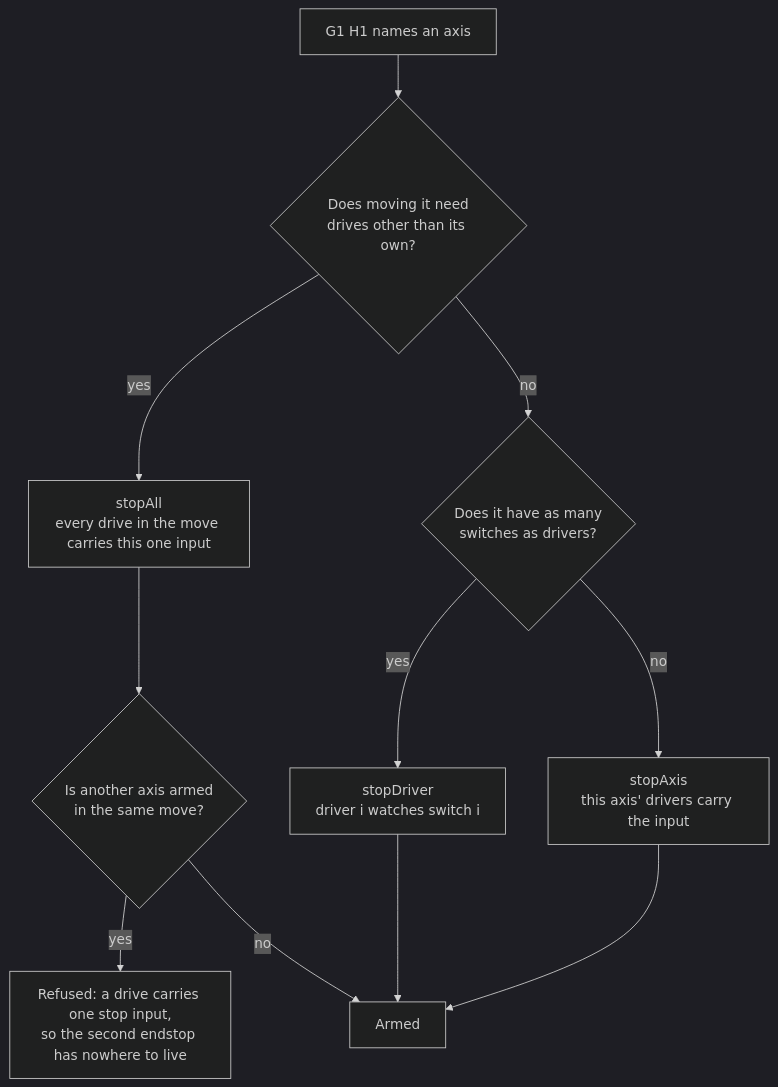
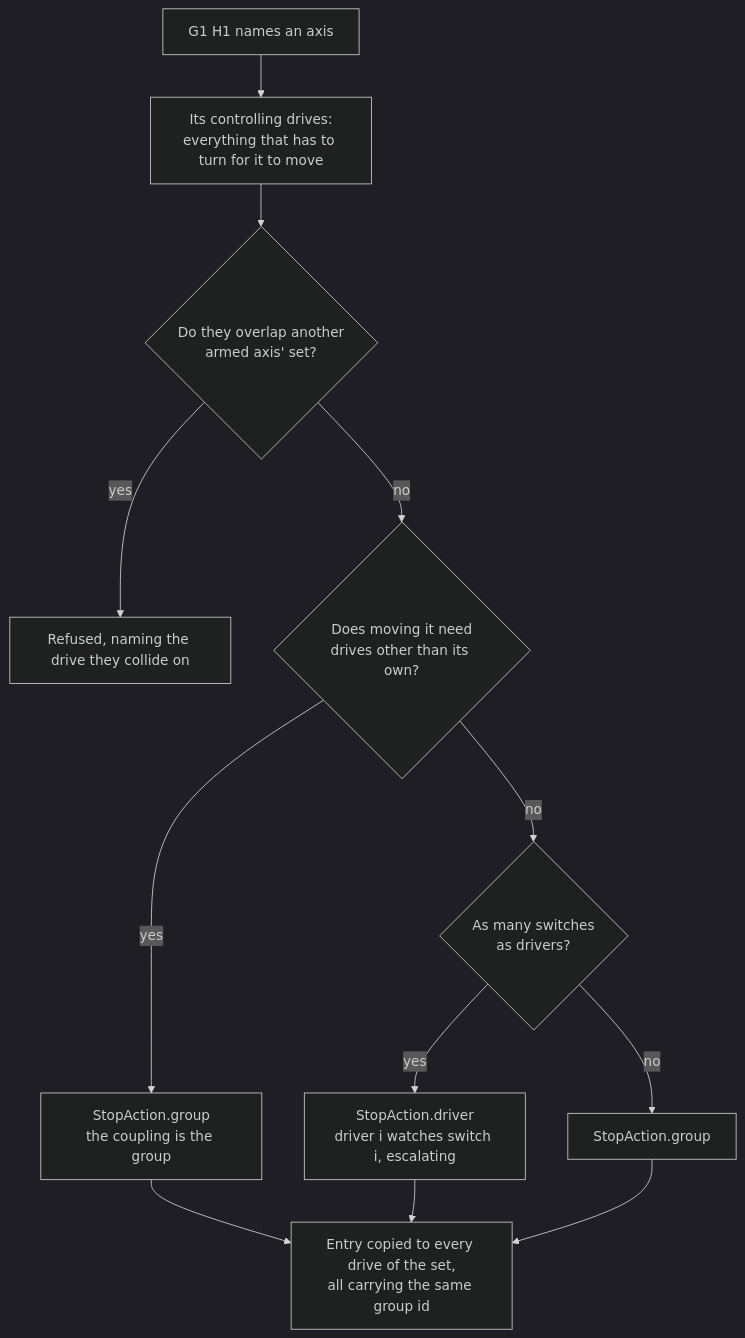
The second of 5 diagrams in src/Documentation/articles/endstops.md (Duet3D/DuetSoftwareFramework), drawn with Mermaid (dark theme) before and after one commit. The commit also changed other lines of this file and 3 other files, not shown here.

````diff
--- a/src/Documentation/articles/endstops.md
+++ b/src/Documentation/articles/endstops.md
@@ -142,13 +155,14 @@
 ```mermaid
 flowchart TD
-    A["G1 H1 names an axis"] --> B{"Does moving it need<br/>drives other than its own?"}
-    B -- yes --> C["stopAll<br/>every drive in the move carries this one input"]
-    B -- no --> D{"Does it have as many<br/>switches as drivers?"}
-    D -- yes --> E["stopDriver<br/>driver i watches switch i"]
-    D -- no --> F["stopAxis<br/>this axis' drivers carry the input"]
-    C --> G{"Is another axis armed<br/>in the same move?"}
-    G -- yes --> H["Refused: a drive carries one stop input,<br/>so the second endstop has nowhere to live"]
-    G -- no --> I["Armed"]
-    E --> I
-    F --> I
+    A["G1 H1 names an axis"] --> B["Its controlling drives:<br/>everything that has to turn for it to move"]
+    B --> C{"Do they overlap another<br/>armed axis' set?"}
+    C -- yes --> D["Refused, naming the drive they collide on"]
+    C -- no --> E{"Does moving it need<br/>drives other than its own?"}
+    E -- yes --> F["StopAction.group<br/>the coupling is the group"]
+    E -- no --> G{"As many switches<br/>as drivers?"}
+    G -- yes --> H["StopAction.driver<br/>driver i watches switch i, escalating"]
+    G -- no --> I["StopAction.group"]
+    F --> J["Entry copied to every drive of the set,<br/>all carrying the same group id"]
+    H --> J
+    I --> J
 ```
````
